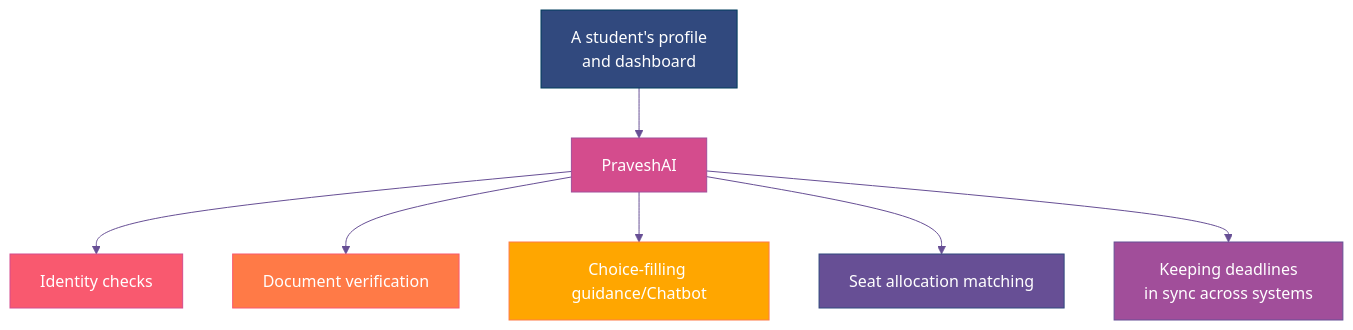
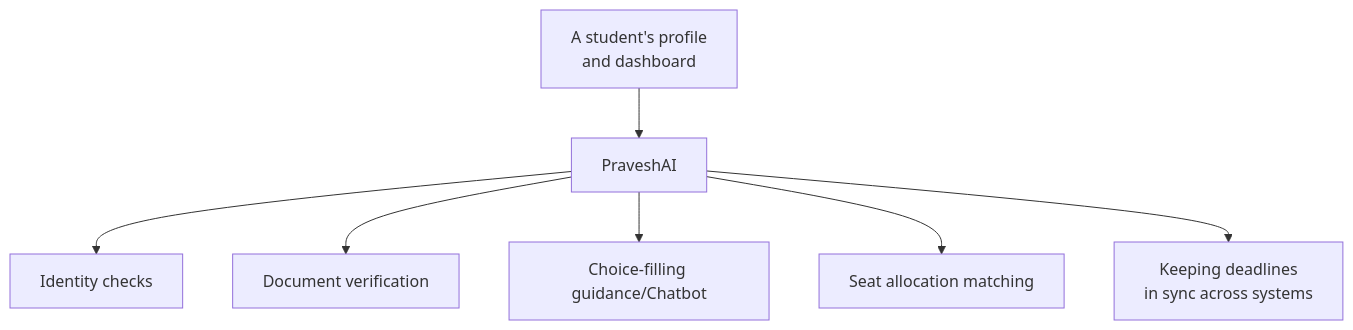
The diagram in technical/what-is-praveshai.mdx (aashrutsharma/whitepaper), drawn with Mermaid before and after one commit. The commit also changed other lines of this file and 16 other files, not shown here.

````diff
--- a/technical/what-is-praveshai.mdx
+++ b/technical/what-is-praveshai.mdx
@@ -13,18 +14,11 @@
 ```mermaid
-%%{init: { 'theme': 'base', 'themeVariables': { 'primaryColor': '#003d5c', 'primaryTextColor': '#ffffff', 'primaryBorderColor': '#31497e', 'lineColor': '#674f95', 'background': 'transparent', 'fontFamily': 'Inter, sans-serif' } }}%%
+
 flowchart TD
     U["A student's profile\nand dashboard"] --> P["PraveshAI"]
     P --> I["Identity checks"]
     P --> D["Document verification"]
     P --> G["Choice-filling guidance/Chatbot"]
     P --> A["Seat allocation matching"]
     P --> C["Keeping deadlines\nin sync across systems"]
     
-    style P fill:#d44c8d,stroke:#a14e9a,color:#fff
-    style U fill:#31497e,stroke:#003d5c,color:#fff
-    style I fill:#f9596f,stroke:#d44c8d,color:#fff
-    style D fill:#ff7a47,stroke:#f9596f,color:#fff
-    style G fill:#ffa600,stroke:#ff7a47,color:#fff
-    style A fill:#674f95,stroke:#31497e,color:#fff
-    style C fill:#a14e9a,stroke:#674f95,color:#fff
 ```
````
